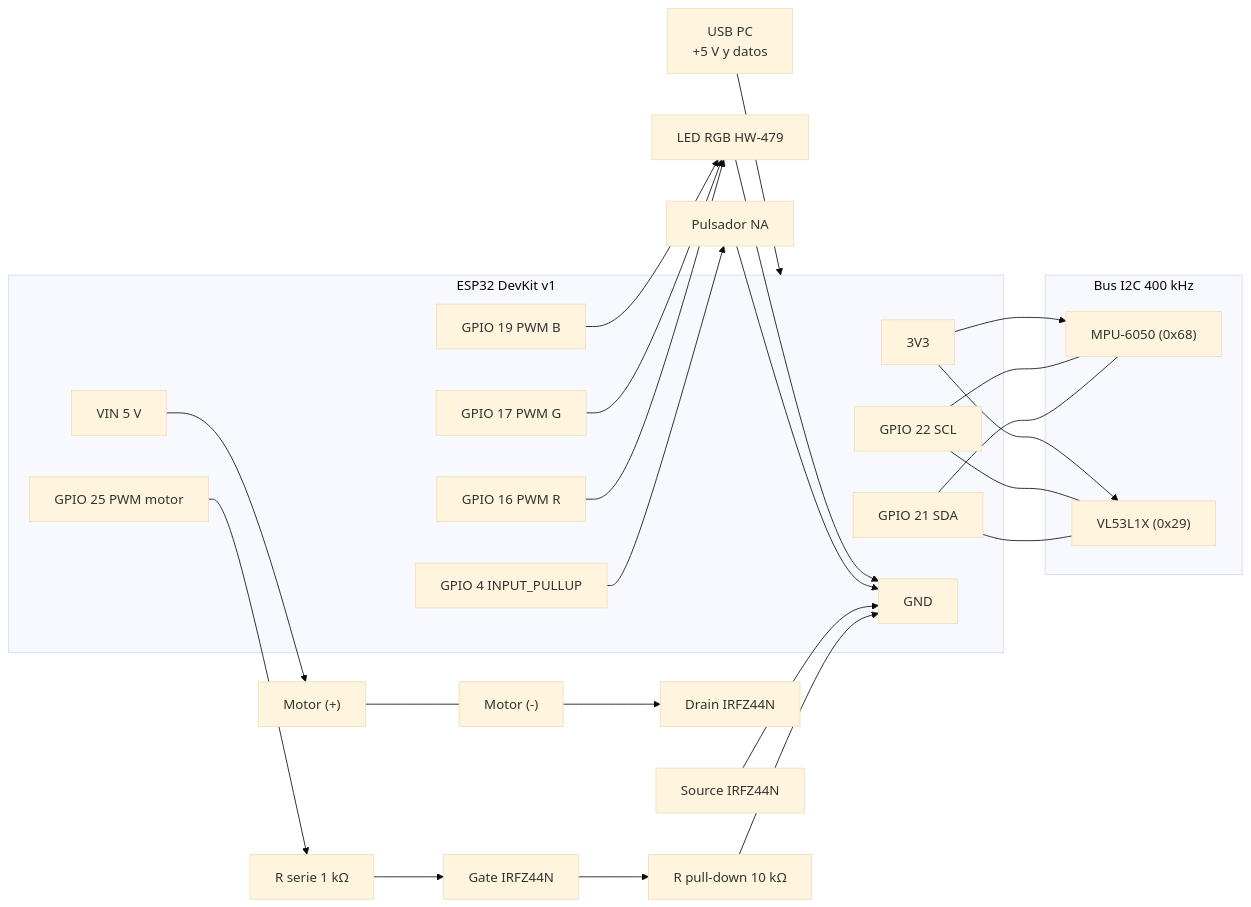
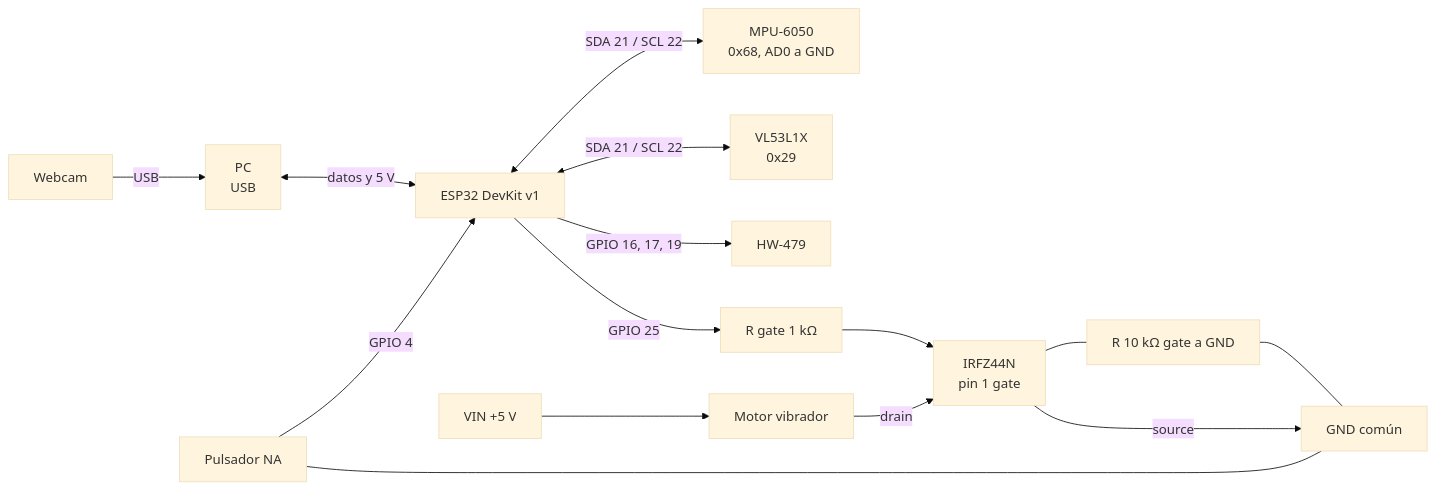
One commit to lucho-albanez/Trabajo_integrador_RV changed the fourth of 10 diagrams in informe_tecnico.md. Above: the diagram before and after it, drawn with Mermaid (base theme). The commit also changed other lines of this file and 1 other file, not shown here.

````diff
--- a/informe_tecnico.md
+++ b/informe_tecnico.md
@@ -455,37 +426,17 @@
 ```mermaid
 flowchart LR
-    USB["USB PC<br/>+5 V y datos"] --> ESP
-    subgraph ESP["ESP32 DevKit v1"]
-        P21["GPIO 21 SDA"]
-        P22["GPIO 22 SCL"]
-        P16["GPIO 16 PWM R"]
-        P17["GPIO 17 PWM G"]
-        P19["GPIO 19 PWM B"]
-        P25["GPIO 25 PWM motor"]
-        P4["GPIO 4 INPUT_PULLUP"]
-        V33["3V3"]
-        VIN["VIN 5 V"]
-        GND["GND"]
-    end
-    subgraph I2C["Bus I2C 400 kHz"]
-        MPU["MPU-6050 (0x68)"]
-        TOF["VL53L1X (0x29)"]
-    end
-    P21 --- MPU
-    P22 --- MPU
-    P21 --- TOF
-    P22 --- TOF
-    V33 --> MPU
-    V33 --> TOF
-    P16 --> RGB["LED RGB HW-479"]
-    P17 --> RGB
-    P19 --> RGB
-    P25 --> RG["R serie 1 kΩ"] --> G["Gate IRFZ44N"]
-    G --> RPD["R pull-down 10 kΩ"] --> GND
-    VIN --> MOTP["Motor (+)"]
-    MOTN["Motor (-)"] --> D["Drain IRFZ44N"]
-    MOTP --- MOTN
-    S["Source IRFZ44N"] --> GND
-    P4 --> SW["Pulsador NA"] --> GND
-    RGB --> GND
+    PC["PC<br/>USB"] <-->|"datos y 5 V"| ESP["ESP32 DevKit v1"]
+    ESP <-->|"SDA 21 / SCL 22"| IMU["MPU-6050<br/>0x68, AD0 a GND"]
+    ESP <-->|"SDA 21 / SCL 22"| TOF["VL53L1X<br/>0x29"]
+    BTN["Pulsador NA"] -->|"GPIO 4"| ESP
+    BTN --- GND["GND común"]
+    ESP -->|"GPIO 16, 17, 19"| RGB["HW-479"]
+    ESP -->|"GPIO 25"| RG["R gate 1 kΩ"]
+    RG --> Q["IRFZ44N<br/>pin 1 gate"]
+    Q --- RPD["R 10 kΩ gate a GND"]
+    VIN["VIN +5 V"] --> M["Motor vibrador"]
+    M -->|"drain"| Q
+    Q -->|"source"| GND
+    RPD --- GND
+    CAM["Webcam"] -->|"USB"| PC
 ```
````
